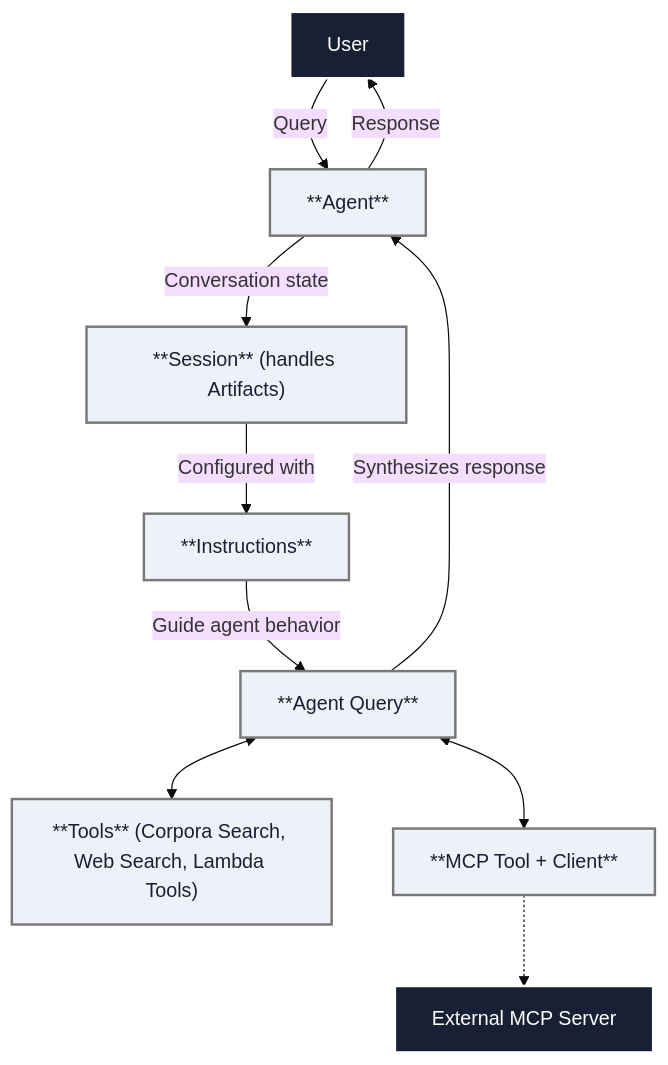
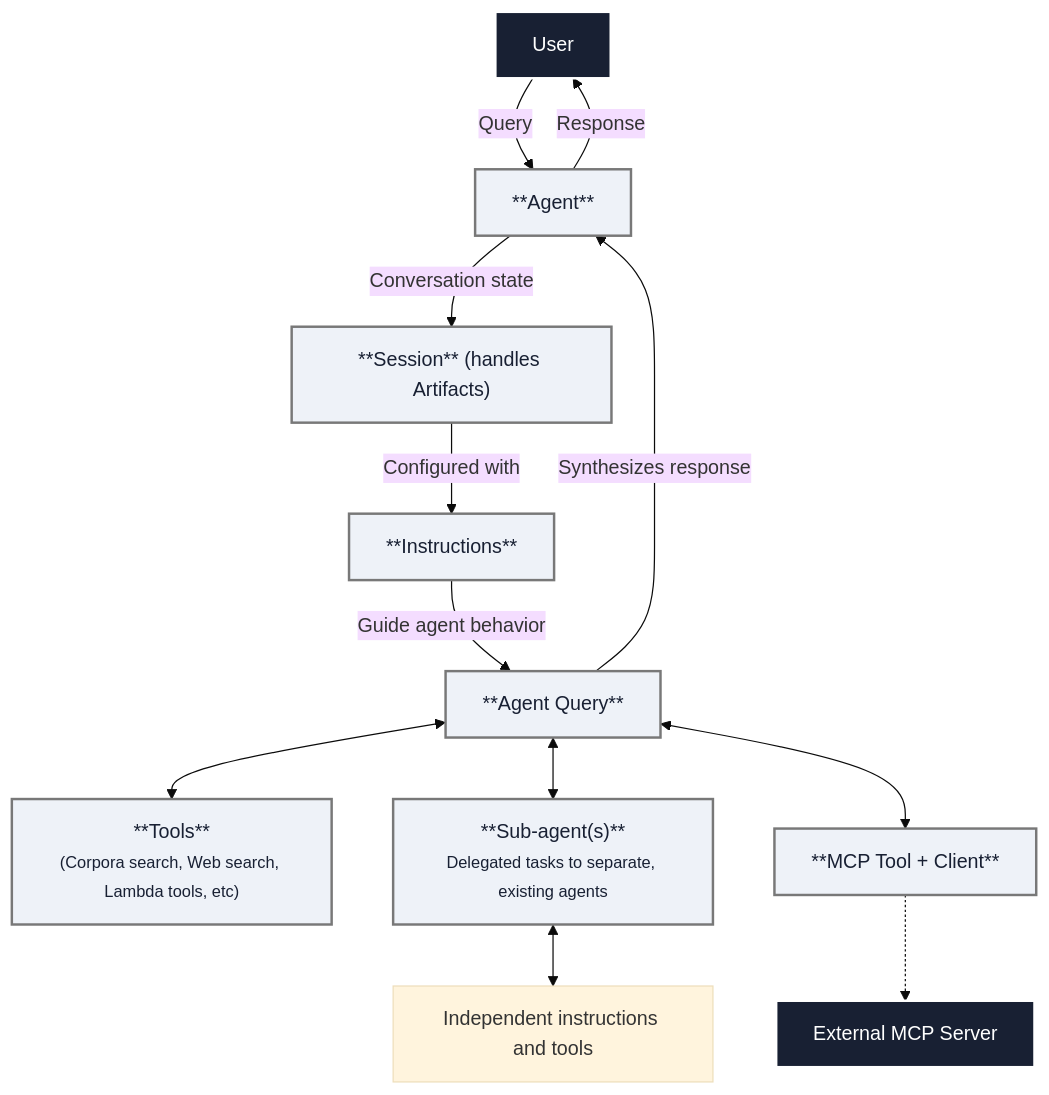
Before and after one commit to vectara/vectara-docs: the diagram in www/docs/agents/agent-concepts.md, drawn with Mermaid (base theme). The commit also changed other lines of this file and 23 other files, not shown here.

````diff
--- a/www/docs/agents/agent-concepts.md
+++ b/www/docs/agents/agent-concepts.md
@@ -20,50 +20,56 @@
 ```mermaid
 flowchart TD
     %% Nodes
     User["User"]
     Session["**Agent**"]
     Agent["**Session** (handles Artifacts)"]
     Inst["**Instructions**"]
     Query["**Agent Query**"]
 
     %% Tools layer
-    AvailableTools["**Tools** (Corpora Search, Web Search, Lambda Tools)"]
+    AvailableTools["**Tools**<br/><small>(Corpora search, Web search, Lambda tools, etc)</small>"]
+
+    %% Sub-agents
+    SubAgents["**Sub-agent(s)**<br/><small>Delegated tasks to separate, existing agents</small>"]
+    SubAgentTasks["Independent instructions and tools"]
 
     %% MCP
     MCP["**MCP Tool + Client**"]
     ExtMCP["External MCP Server"]
 
     %% Core flow
     User -->|Query| Session
     Session -->|Conversation state| Agent
     Agent --> |Configured with| Inst
     Inst --> |Guide agent behavior| Query
 
     %% Tool execution paths
     Query <--> AvailableTools
+    Query <--> SubAgents
+    SubAgents <--> SubAgentTasks
 
     %% Optional MCP path (de-emphasized)
     Query <--> MCP
     MCP -.-> ExtMCP
 
     %% Return to user
     Query -->|Synthesizes response| Session
     Session -->|Response| User
 
     %% Classes for color grouping
     classDef userEntry fill:#182033,color:#fff,stroke:#fff,stroke-width:2px;
     classDef session fill:#EEF2F8,color:#182033,stroke:#787878,stroke-width:2px;
     classDef agentic fill:#EEF2F8,color:#182033,stroke:#787878,stroke-width:2px;
     classDef toolLayer fill:#EEF2F8,color:#182033,stroke:#787878,stroke-width:2px;
     classDef corpus fill:#E9368E,color:#fff,stroke:#E9368E,stroke-width:2px;
     classDef external fill:#182033,color:#fff,stroke:#fff,stroke-width:2px;
     classDef mcpTP fill:#EEF2F8,color:#182033,stroke:#787878,stroke-width:2px;
 
     %% Assign classes
     class User userEntry;
     class Session session;
     class Agent,Inst,Query agentic;
-    class AvailableTools toolLayer;
+    class AvailableTools,SubAgents toolLayer;
     class ExtMCP external;
     class MCP mcpTP;
 ```
````
